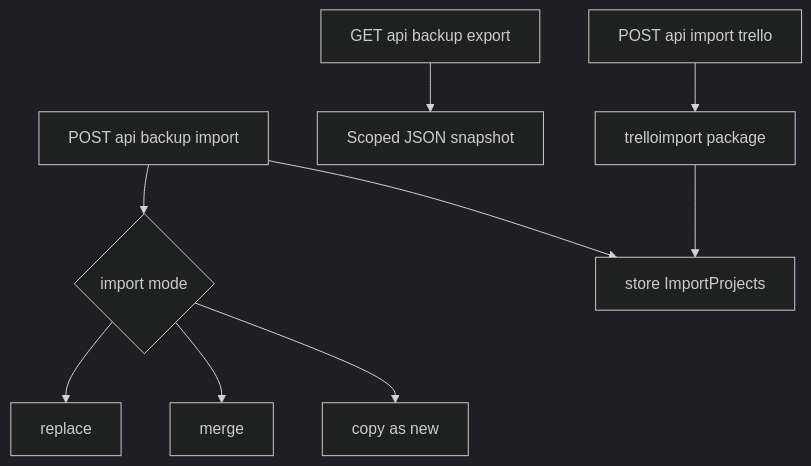
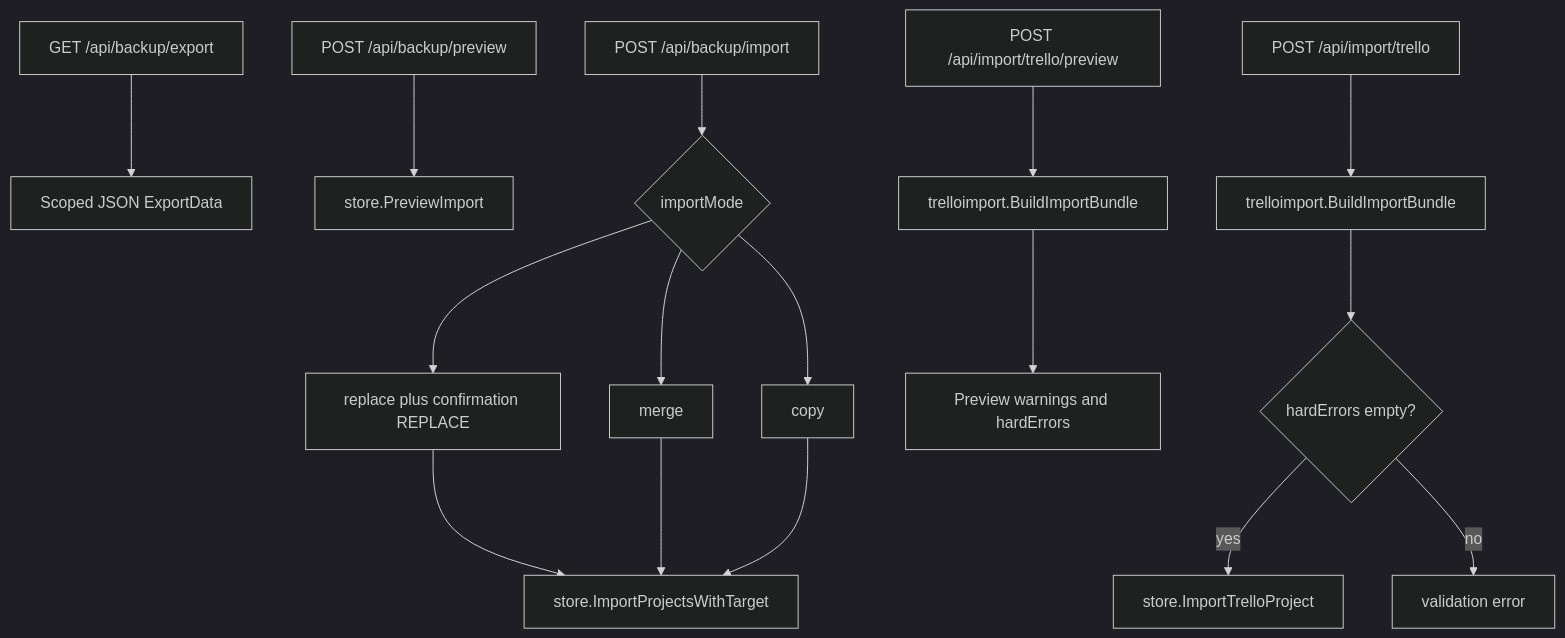
One commit to bhardwajRahul/scrumboy changed the first of 2 diagrams in docs/diagrams/scrumboy_backup_import.md. Above: the diagram before and after it, drawn with Mermaid (dark theme). The commit also changed other lines of this file and 38 other files, not shown here.

````diff
--- a/docs/diagrams/scrumboy_backup_import.md
+++ b/docs/diagrams/scrumboy_backup_import.md
@@ -5,16 +5,25 @@
 ```mermaid
 flowchart TB
-  Export["GET api backup export"]
-  Import["POST api backup import"]
-  Trello["POST api import trello"]
+  Export["GET /api/backup/export"]
+  PreviewN["POST /api/backup/preview"]
+  ImportN["POST /api/backup/import"]
+  PreviewT["POST /api/import/trello/preview"]
+  ImportT["POST /api/import/trello"]
 
-  Export --> JSON[Scoped JSON snapshot]
-  Import --> Mode{import mode}
-  Mode --> Replace[replace]
+  Export --> JSON[Scoped JSON ExportData]
+  PreviewN --> PrevStore["store.PreviewImport"]
+  ImportN --> Mode{importMode}
+  Mode --> Replace[replace plus confirmation REPLACE]
   Mode --> Merge[merge]
-  Mode --> Copy[copy as new]
+  Mode --> Copy[copy]
+  Replace --> Native["store.ImportProjectsWithTarget"]
+  Merge --> Native
+  Copy --> Native
 
-  Trello --> Transform[trelloimport package]
-  Transform --> StoreI[store ImportProjects]
-  Import --> StoreI
+  PreviewT --> Bundle["trelloimport.BuildImportBundle"]
+  Bundle --> TPrev[Preview warnings and hardErrors]
+  ImportT --> Bundle2["trelloimport.BuildImportBundle"]
+  Bundle2 --> Gate{hardErrors empty?}
+  Gate -->|yes| TrelloStore["store.ImportTrelloProject"]
+  Gate -->|no| Reject[validation error]
 ```
````
